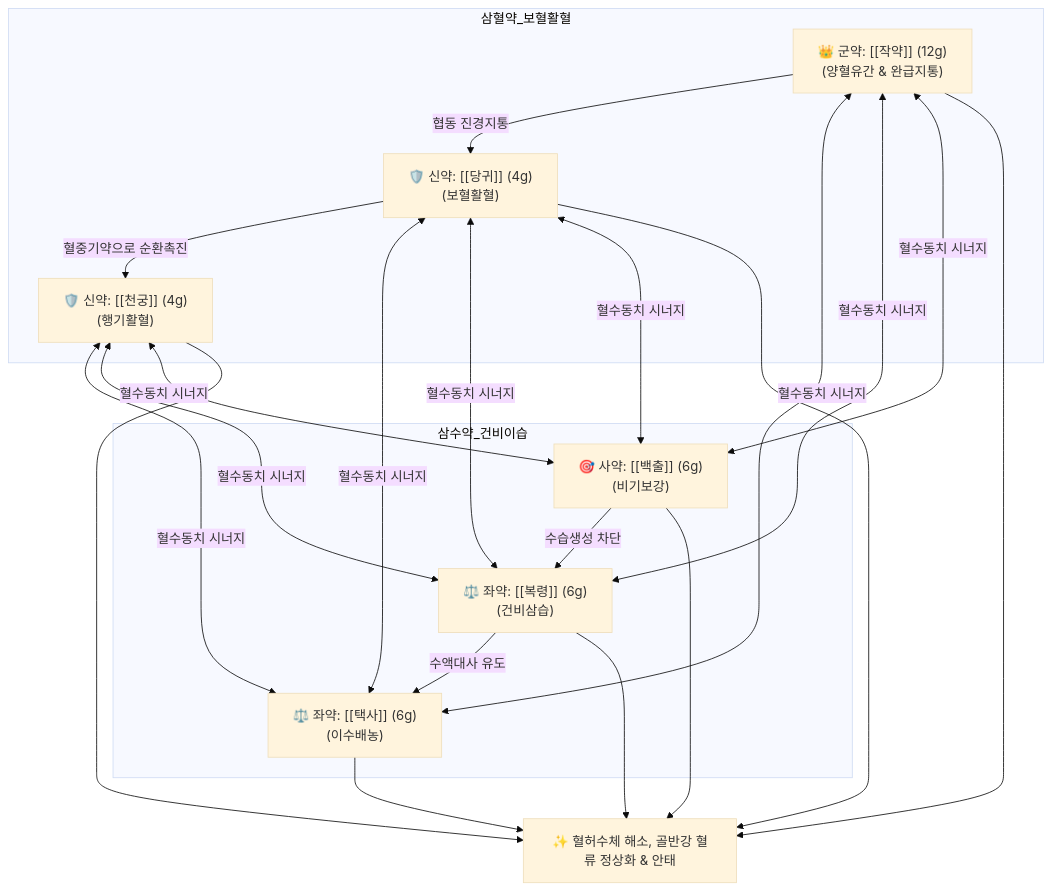
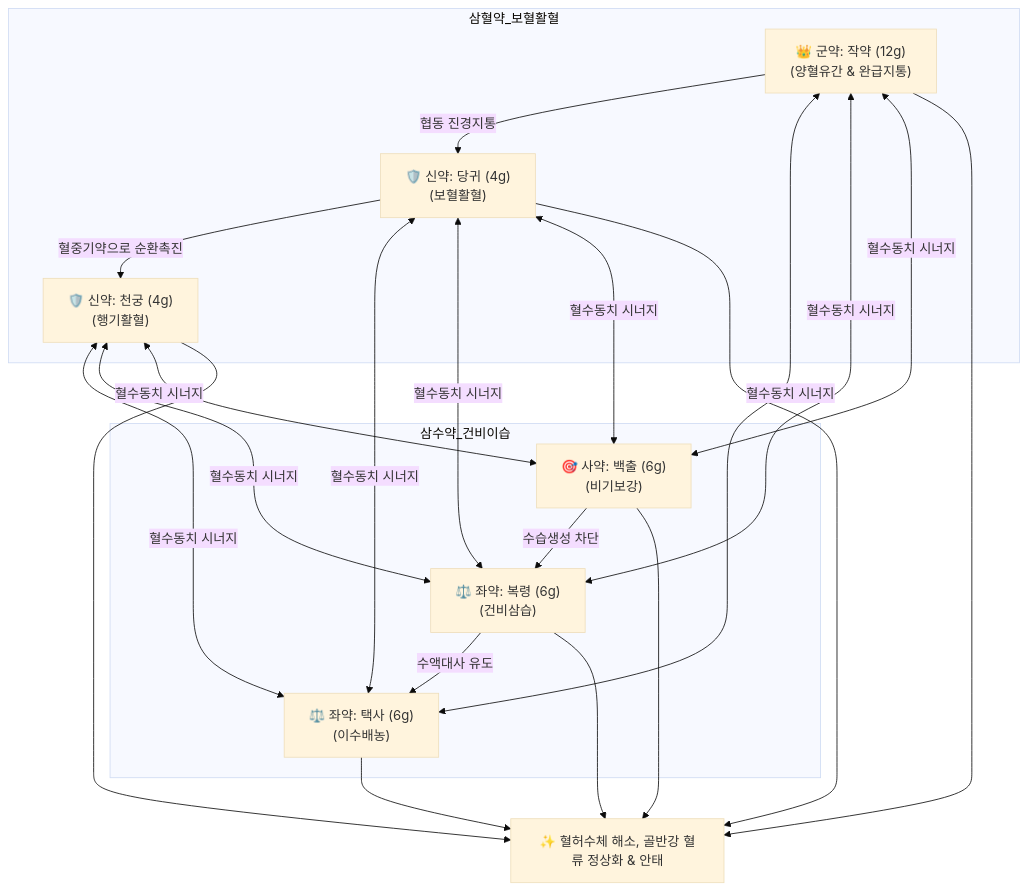
Before and after one commit to simbio11/simbio-digital-garden2: the diagram in content/2. 약리 공부/처방/02_보익제/당귀작약산.md, drawn with Mermaid (base theme). The commit also changed other lines of this file and 323 other files, not shown here.

````diff
--- a/content/2. 약리 공부/처방/02_보익제/당귀작약산.md
+++ b/content/2. 약리 공부/처방/02_보익제/당귀작약산.md
@@ -51,19 +53,19 @@
 ```mermaid
 graph TD
     subgraph 삼혈약_보혈활혈
-        JY["👑 군약: [[작약]] (12g)<br>(양혈유간 & 완급지통)"]
-        DG["🛡️ 신약: [[당귀]] (4g)<br>(보혈활혈)"]
-        CG["🛡️ 신약: [[천궁]] (4g)<br>(행기활혈)"]
+        JY["👑 군약: 작약 (12g)<br>(양혈유간 & 완급지통)"]
+        DG["🛡️ 신약: 당귀 (4g)<br>(보혈활혈)"]
+        CG["🛡️ 신약: 천궁 (4g)<br>(행기활혈)"]
     end
     subgraph 삼수약_건비이습
-        TS["⚖️ 좌약: [[택사]] (6g)<br>(이수배농)"]
-        BR["⚖️ 좌약: [[복령]] (6g)<br>(건비삼습)"]
-        BC["🎯 사약: [[백출]] (6g)<br>(비기보강)"]
+        TS["⚖️ 좌약: 택사 (6g)<br>(이수배농)"]
+        BR["⚖️ 좌약: 복령 (6g)<br>(건비삼습)"]
+        BC["🎯 사약: 백출 (6g)<br>(비기보강)"]
     end
     JY -->|협동 진경지통| DG
     DG -->|혈중기약으로 순환촉진| CG
     BC -->|수습생성 차단| BR
     BR -->|수액대사 유도| TS
     JY & DG & CG <-->|혈수동치 시너지| TS & BR & BC
     JY & DG & CG & TS & BR & BC --> Outcome["✨ 혈허수체 해소, 골반강 혈류 정상화 & 안태"]
 ```
````
